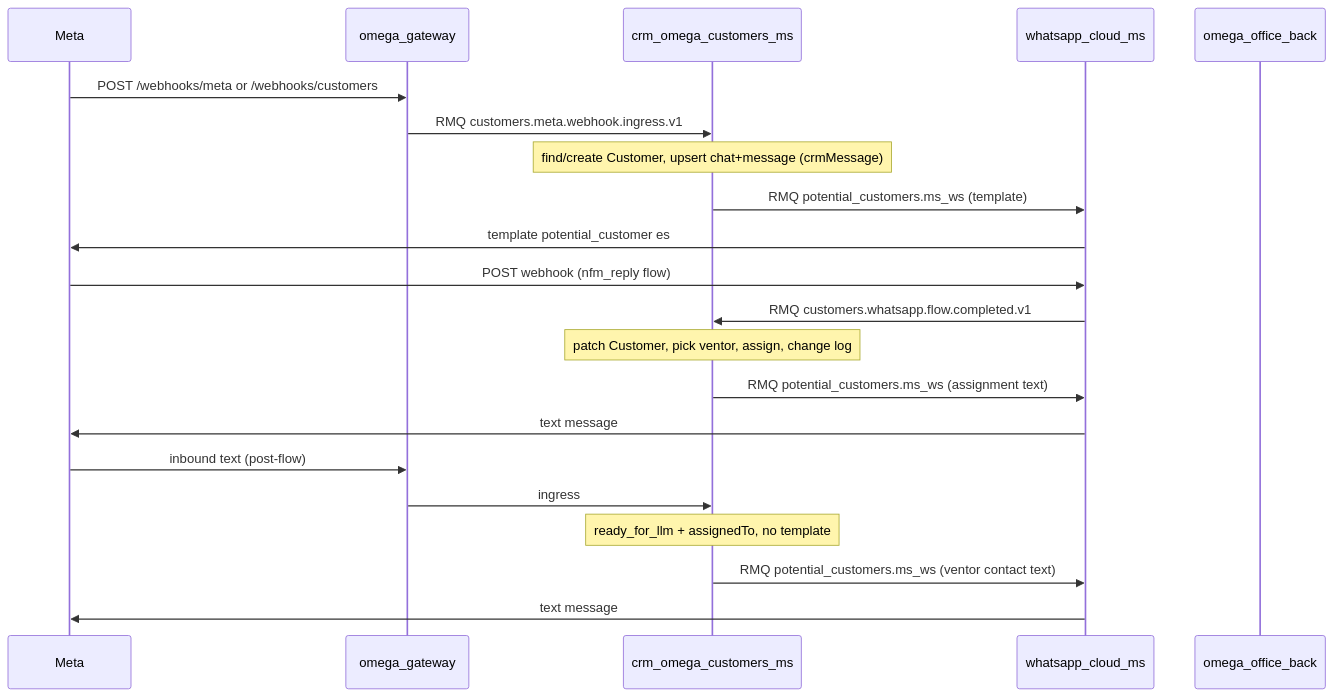
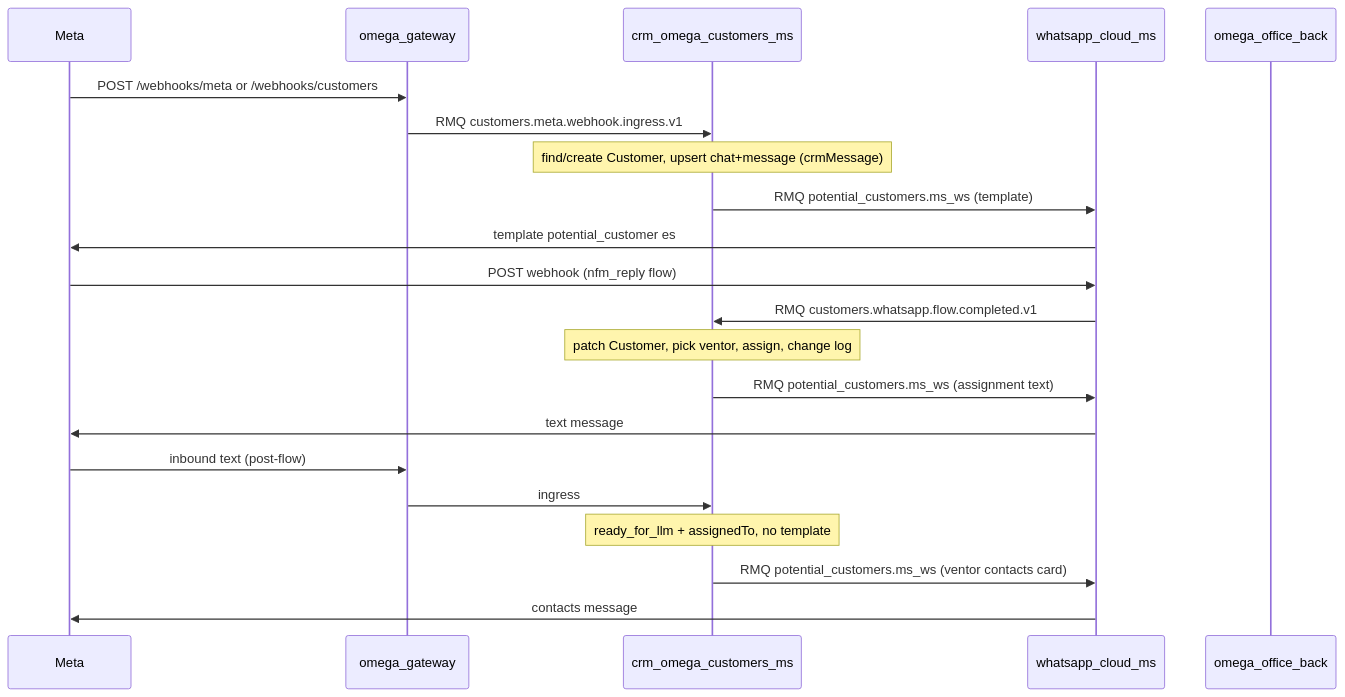
The diagram in docs/meta-potential-customer-whatsapp-funnel.md (crisari666/crm_omega_customers_ms), drawn with Mermaid before and after one commit. The commit also changed other lines of this file, not shown here.

Commit message:
docs: note ventor assignment uses WhatsApp contacts cards

````diff
--- a/docs/meta-potential-customer-whatsapp-funnel.md
+++ b/docs/meta-potential-customer-whatsapp-funnel.md
@@ -19,24 +19,24 @@
 ```mermaid
 sequenceDiagram
   participant Meta
   participant Gateway as omega_gateway
   participant Customers as crm_omega_customers_ms
   participant WsMs as whatsapp_cloud_ms
   participant Office as omega_office_back
 
   Meta->>Gateway: POST /webhooks/meta or /webhooks/customers
   Gateway->>Customers: RMQ customers.meta.webhook.ingress.v1
   Note over Customers: find/create Customer, upsert chat+message (crmMessage)
   Customers->>WsMs: RMQ potential_customers.ms_ws (template)
   WsMs->>Meta: template potential_customer es
   Meta->>WsMs: POST webhook (nfm_reply flow)
   WsMs->>Customers: RMQ customers.whatsapp.flow.completed.v1
   Note over Customers: patch Customer, pick ventor, assign, change log
   Customers->>WsMs: RMQ potential_customers.ms_ws (assignment text)
   WsMs->>Meta: text message
   Meta->>Gateway: inbound text (post-flow)
   Gateway->>Customers: ingress
   Note over Customers: ready_for_llm + assignedTo, no template
-  Customers->>WsMs: RMQ potential_customers.ms_ws (ventor contact text)
-  WsMs->>Meta: text message
+  Customers->>WsMs: RMQ potential_customers.ms_ws (ventor contacts card)
+  WsMs->>Meta: contacts message
 ```
````
